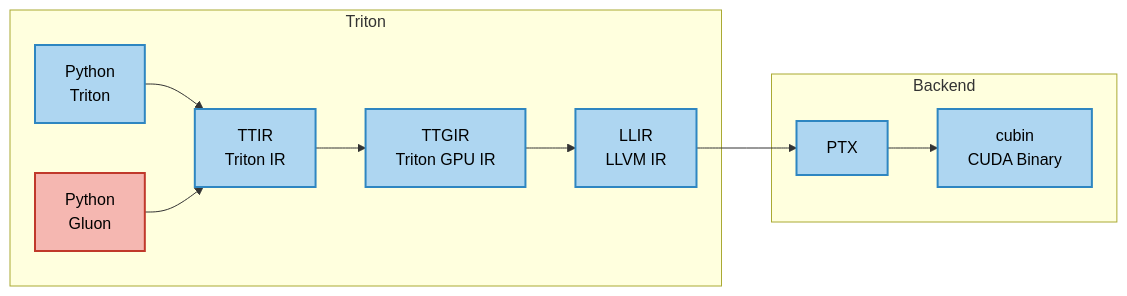
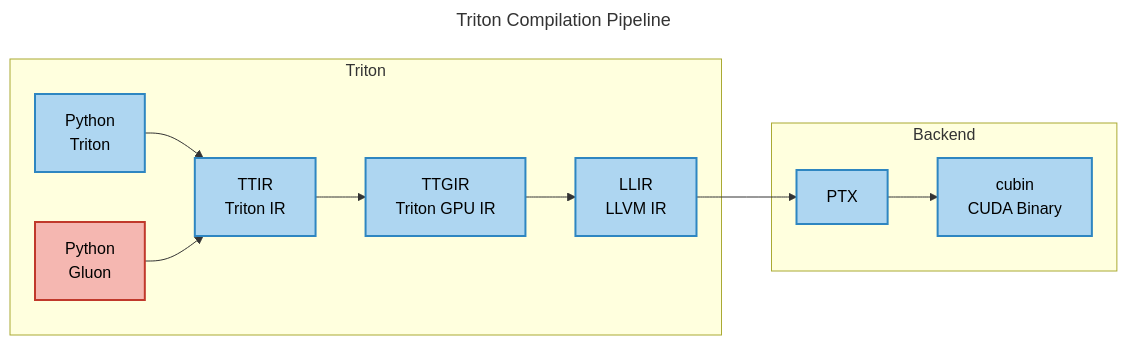
The diagram in README.md (toyaix/triton-runner), drawn with Mermaid before and after one commit. The commit also changed other lines of this file, not shown here.

Commit message:
update multi-level execution

````diff
--- a/README.md
+++ b/README.md
@@ -52,18 +52,21 @@
 ```mermaid
+---
+title: Triton Compilation Pipeline
+---
 flowchart LR
 
     subgraph Triton
         A["Python<br>Triton"]:::supported --> B["TTIR<br>Triton IR"]:::supported
         Gluon["Python<br>Gluon"]:::unsupported --> B
         B --> C["TTGIR<br>Triton GPU IR"]:::supported
         C --> D["LLIR<br>LLVM IR"]:::supported
     end
 
     subgraph Backend
         D --> E["PTX"]:::supported
         E --> F["cubin<br>CUDA Binary"]:::supported
     end
 
     classDef supported fill:#AED6F1,stroke:#2E86C1,stroke-width:2px,color:#000000;
     classDef unsupported fill:#F5B7B1,stroke:#C0392B,stroke-width:2px,color:#000000;
 ```
````
